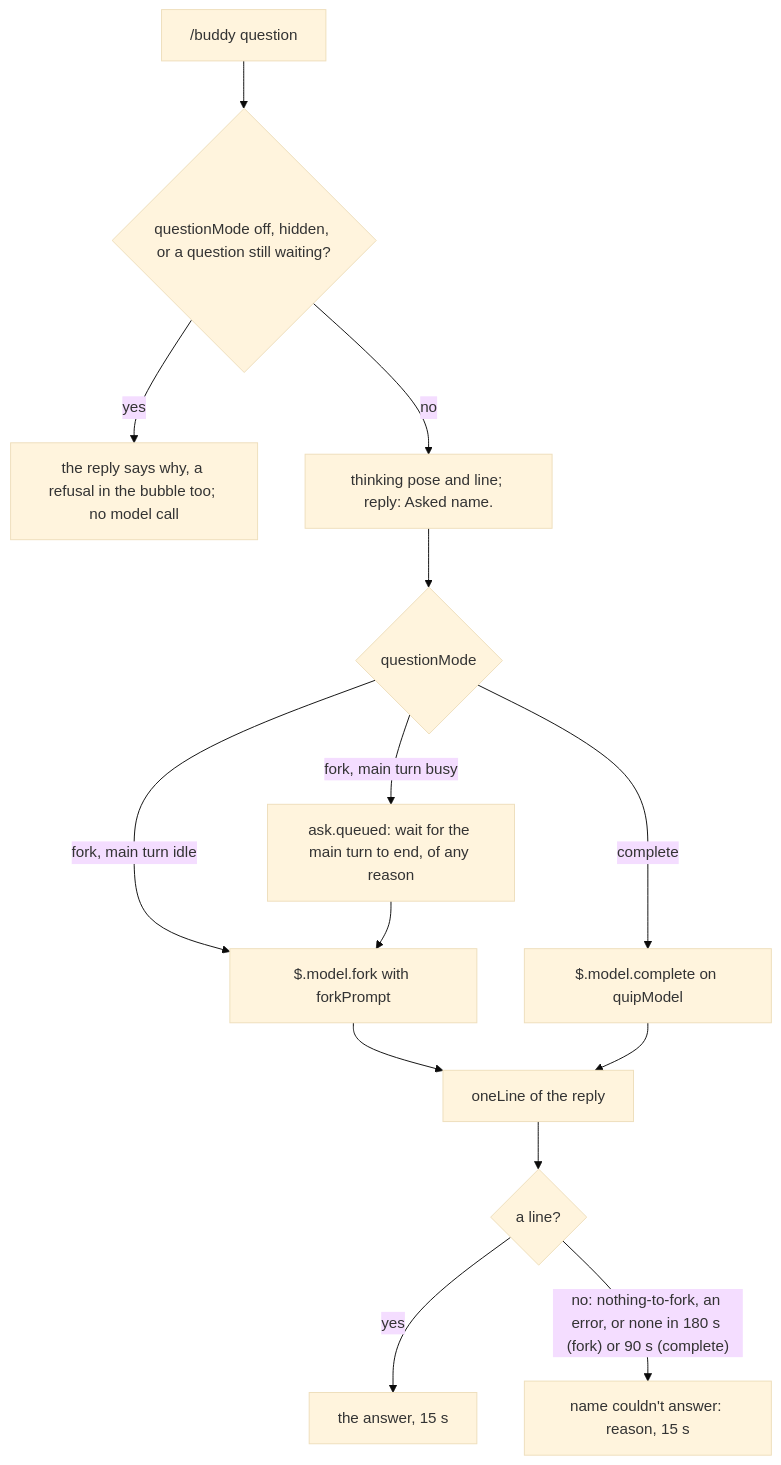
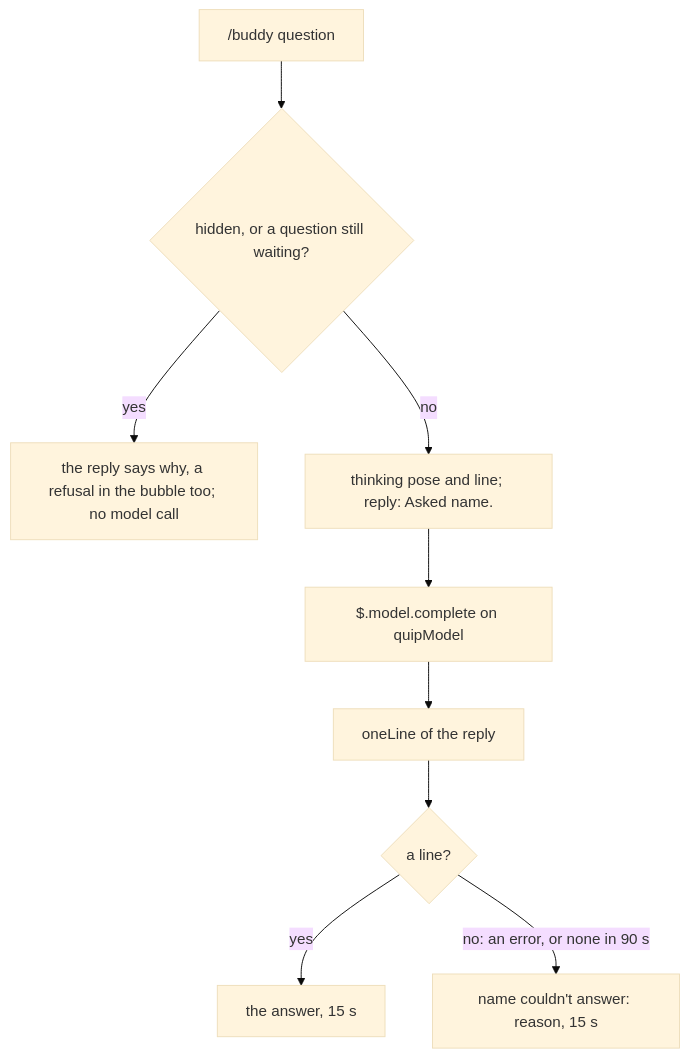
Before and after one commit to rezzminator/buddy: the diagram in docs/design/voice.md, drawn with Mermaid (base theme). The commit also changed other lines of this file and 20 other files, not shown here.

First line of the commit message:
feat!: remove fork mode; every buddy call is one quipModel completion

````diff
--- a/docs/design/voice.md
+++ b/docs/design/voice.md
@@ -14,16 +12,11 @@
 ```mermaid
 flowchart TD
-  Q["/buddy question"] --> Off{"questionMode off, hidden, or a question still waiting?"}
+  Q["/buddy question"] --> Off{"hidden, or a question still waiting?"}
   Off -->|yes| Say["the reply says why, a refusal in the bubble too; no model call"]
   Off -->|no| T["thinking pose and line; reply: Asked name."]
-  T --> Mode{"questionMode"}
-  Mode -->|fork, main turn idle| F["$.model.fork with forkPrompt"]
-  Mode -->|fork, main turn busy| W["ask.queued: wait for the main turn to end, of any reason"]
-  W --> F
-  F --> L["oneLine of the reply"]
-  Mode -->|complete| C["$.model.complete on quipModel"]
-  C --> L
+  T --> C["$.model.complete on quipModel"]
+  C --> L["oneLine of the reply"]
   L --> A{"a line?"}
   A -->|yes| Ans["the answer, 15 s"]
-  A -->|"no: nothing-to-fork, an error, or none in 180 s (fork) or 90 s (complete)"| Lost["name couldn't answer: reason, 15 s"]
+  A -->|"no: an error, or none in 90 s"| Lost["name couldn't answer: reason, 15 s"]
 ```
````
